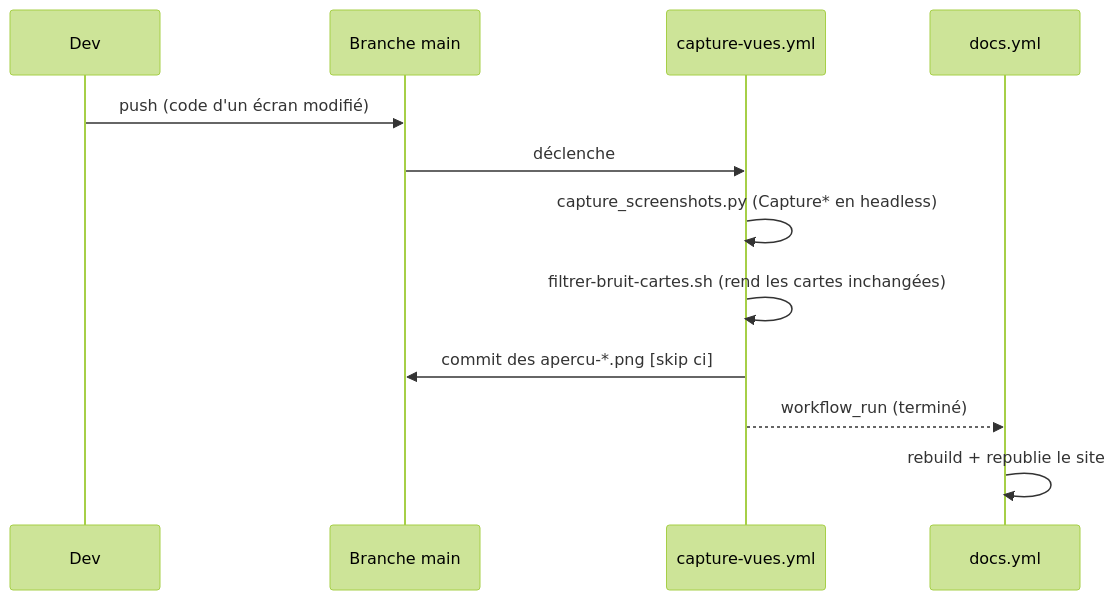
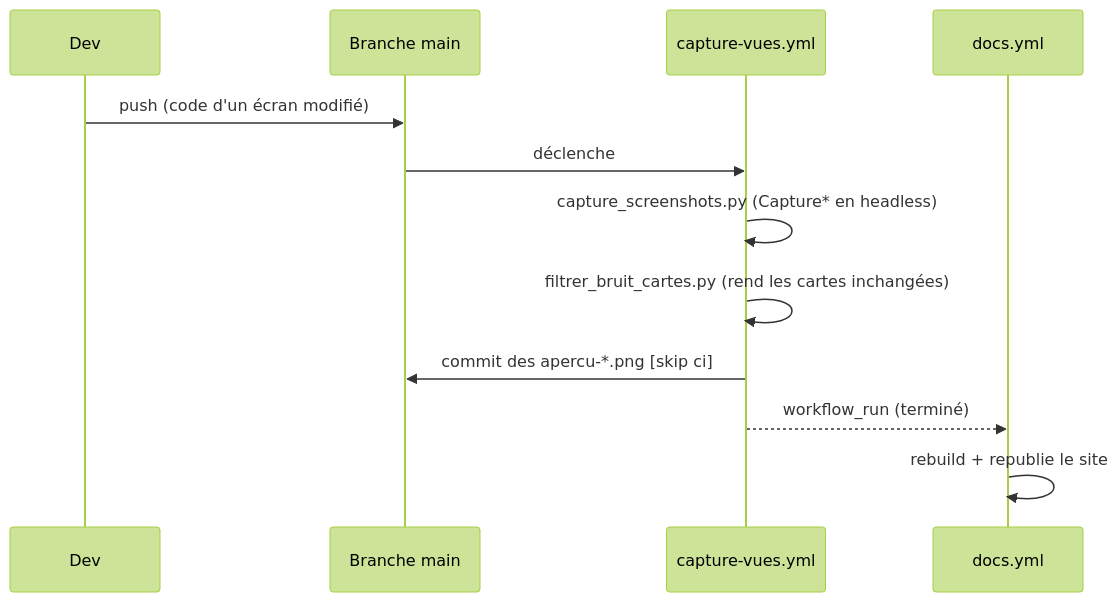
Before and after one commit to echonuit/vigiechiro-pr-companion: the diagram in dev-docs/captures.md, drawn with Mermaid (forest theme). The commit also changed other lines of this file and 24 other files, not shown here.

````diff
--- a/dev-docs/captures.md
+++ b/dev-docs/captures.md
@@ -117,14 +117,14 @@
 ```mermaid
 sequenceDiagram
     participant Dev
     participant Main as Branche main
     participant CV as capture-vues.yml
     participant Docs as docs.yml
     Dev->>Main: push (code d'un écran modifié)
     Main->>CV: déclenche
     CV->>CV: capture_screenshots.py (Capture* en headless)
-    CV->>CV: filtrer-bruit-cartes.sh (rend les cartes inchangées)
+    CV->>CV: filtrer_bruit_cartes.py (rend les cartes inchangées)
     CV->>Main: commit des apercu-*.png [skip ci]
     CV-->>Docs: workflow_run (terminé)
     Docs->>Docs: rebuild + republie le site
 ```
````
